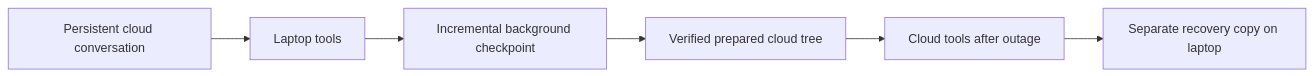
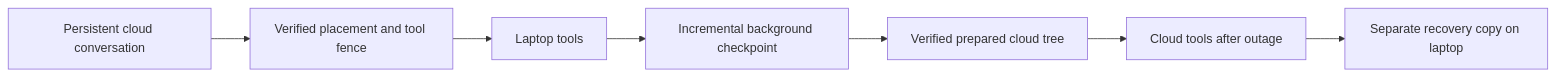
One commit to jdubpark/infinite changed the diagram in docs/hybrid-execution.md. Above: the diagram before and after it, drawn with Mermaid. The commit also changed other lines of this file and 9 other files, not shown here.

Commit message:
docs: sync architecture, security, teams, and CLI guides with #398-#409 wave

````diff
--- a/docs/hybrid-execution.md
+++ b/docs/hybrid-execution.md
@@ -11,8 +11,9 @@
 ```mermaid
 flowchart LR
-  Conversation[Persistent cloud conversation] --> Laptop[Laptop tools]
+  Conversation[Persistent cloud conversation] --> Fence[Verified placement and tool fence]
+  Fence --> Laptop[Laptop tools]
   Laptop --> Capture[Incremental background checkpoint]
   Capture --> Prepared[Verified prepared cloud tree]
   Prepared --> Cloud[Cloud tools after outage]
   Cloud --> Recovery[Separate recovery copy on laptop]
 ```
````
